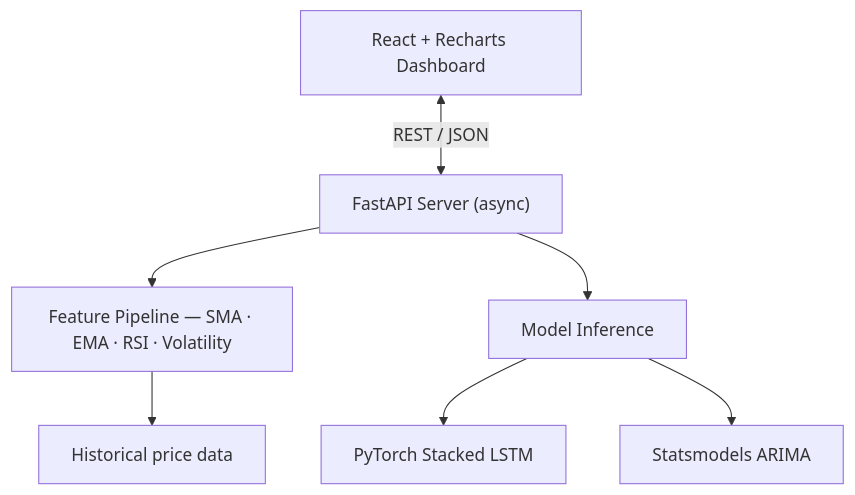
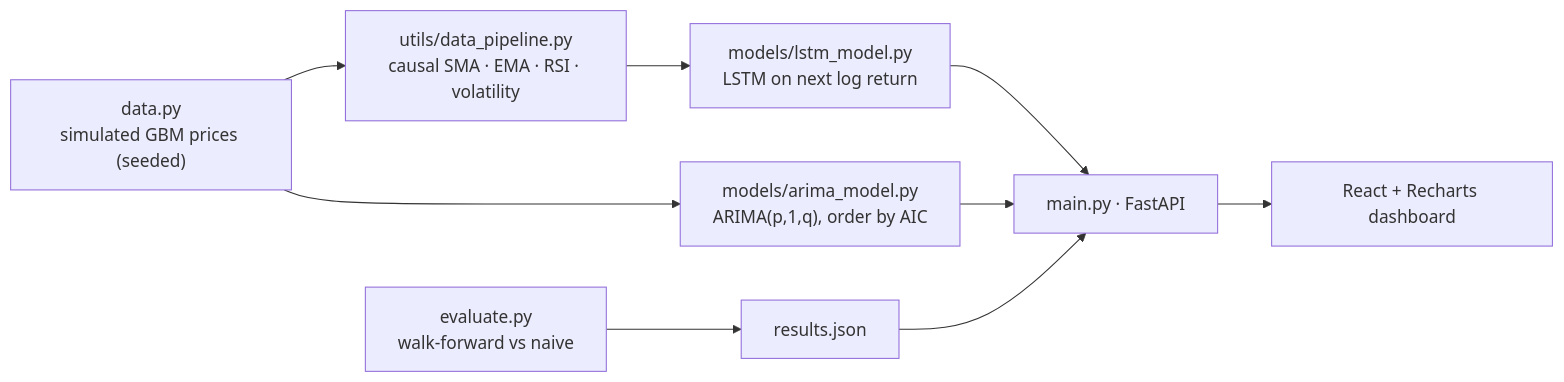
The diagram in README.md (VenkataVinesh/Asset-Price-Prediction-Platform), drawn with Mermaid before and after one commit. The commit also changed other lines of this file and 19 other files, not shown here.

First line of the commit message:
fix: replace the fabricated LSTM forecast with a trained model and an honest evaluation

````diff
--- a/README.md
+++ b/README.md
@@ -23,9 +35,10 @@
 ```mermaid
-graph TD
-    Client["React + Recharts Dashboard"] <-->|REST / JSON| API["FastAPI Server (async)"]
-    API --> Pipe["Feature Pipeline — SMA · EMA · RSI · Volatility"]
-    API --> Infer["Model Inference"]
-    Infer --> LSTM["PyTorch Stacked LSTM"]
-    Infer --> ARIMA["Statsmodels ARIMA"]
-    Pipe --> Data["Historical price data"]
+graph LR
+    D["data.py<br/>simulated GBM prices (seeded)"] --> F["utils/data_pipeline.py<br/>causal SMA · EMA · RSI · volatility"]
+    F --> L["models/lstm_model.py<br/>LSTM on next log return"]
+    D --> A["models/arima_model.py<br/>ARIMA(p,1,q), order by AIC"]
+    L --> API["main.py · FastAPI"]
+    A --> API
+    E["evaluate.py<br/>walk-forward vs naive"] --> R["results.json"] --> API
+    API --> UI["React + Recharts dashboard"]
 ```
````
